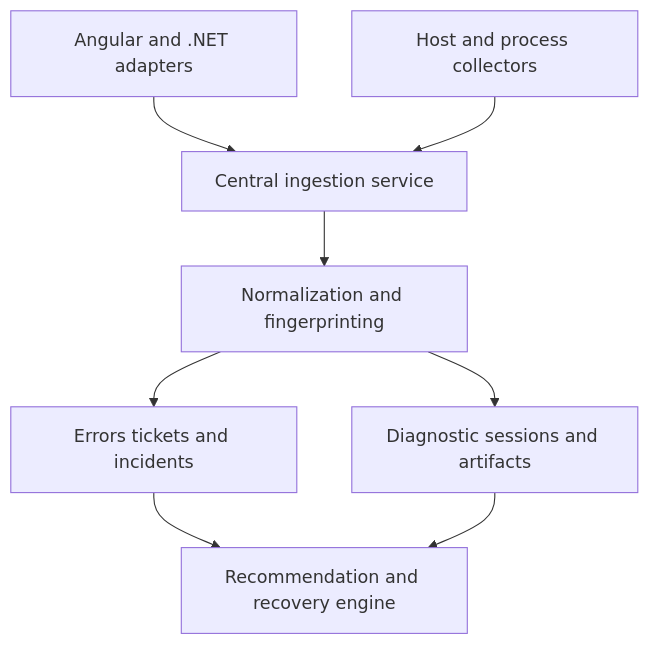
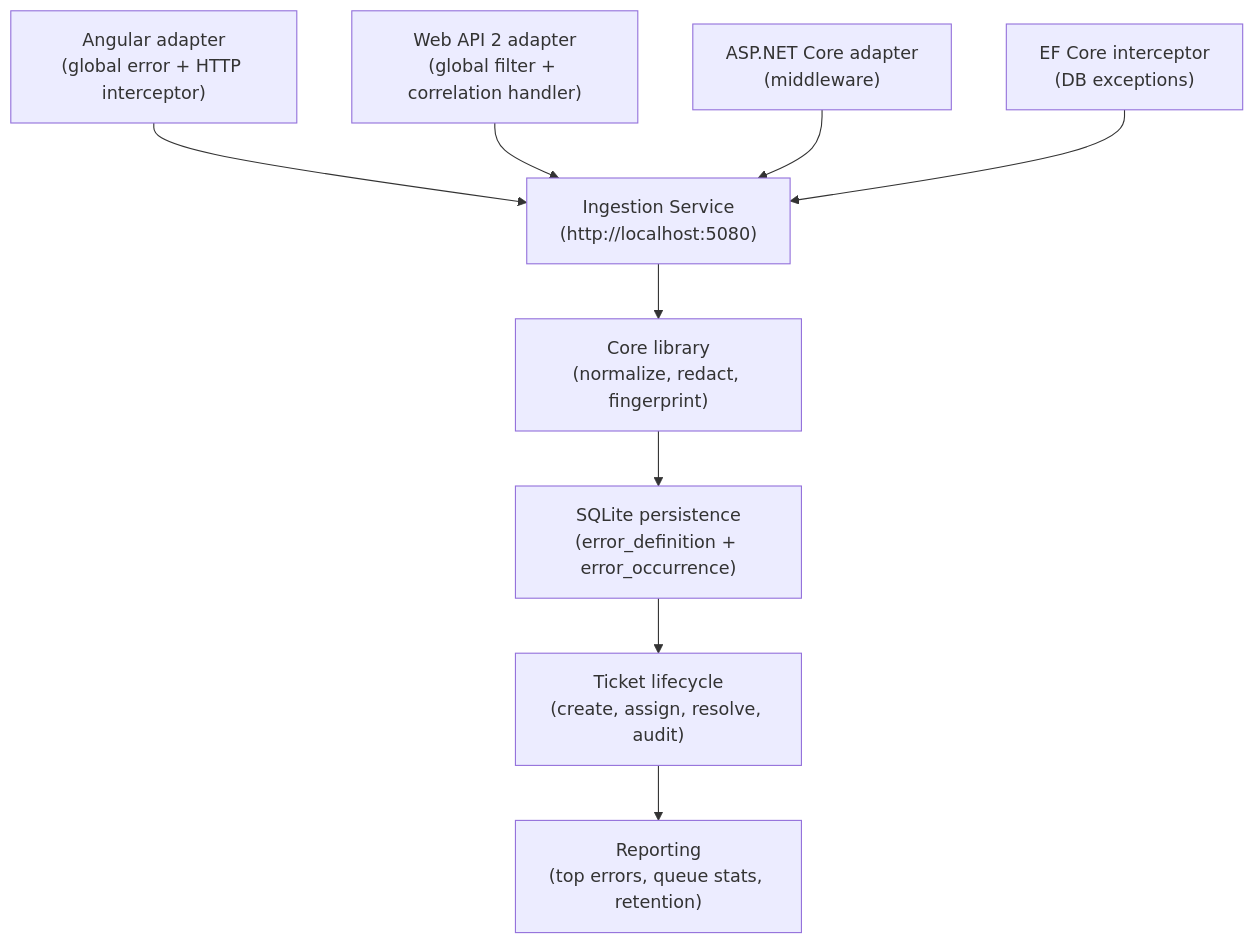
One commit to Latif-Talpur/autonomous-dotnet-observability changed the diagram in README.md. Above: the diagram before and after it, drawn with Mermaid. The commit also changed other lines of this file and 82 other files, not shown here.

````diff
--- a/README.md
+++ b/README.md
@@ -33,10 +183,11 @@
 ```mermaid
 flowchart TD
-    A["Angular and .NET adapters"] --> B["Central ingestion service"]
-    C["Host and process collectors"] --> B
-    B --> D["Normalization and fingerprinting"]
-    D --> E["Errors tickets and incidents"]
-    D --> F["Diagnostic sessions and artifacts"]
-    E --> G["Recommendation and recovery engine"]
-    F --> G
+    A["Angular adapter\n(global error + HTTP interceptor)"] --> B["Ingestion Service\n(http://localhost:5080)"]
+    C["Web API 2 adapter\n(global filter + correlation handler)"] --> B
+    D["ASP.NET Core adapter\n(middleware)"] --> B
+    E["EF Core interceptor\n(DB exceptions)"] --> B
+    B --> F["Core library\n(normalize, redact, fingerprint)"]
+    F --> G["SQLite persistence\n(error_definition + error_occurrence)"]
+    G --> H["Ticket lifecycle\n(create, assign, resolve, audit)"]
+    H --> I["Reporting\n(top errors, queue stats, retention)"]
 ```
````
